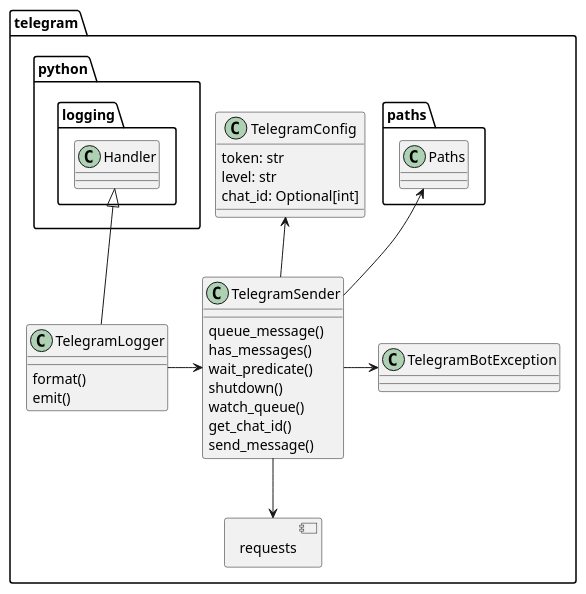
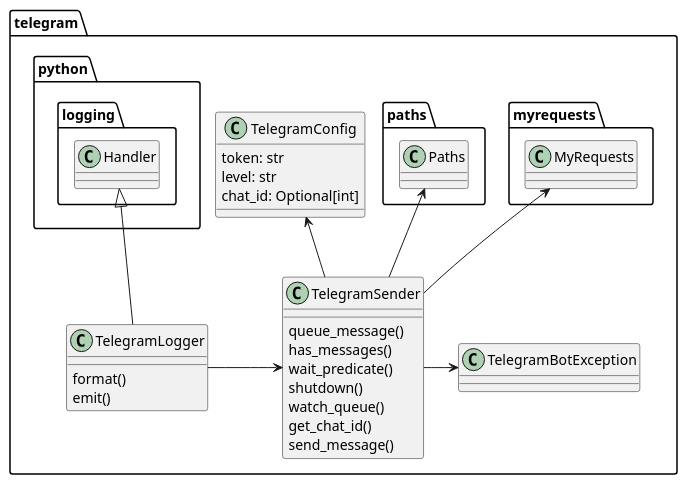
The diagram in docs/dev/graphs/telegram.puml (martin-ueding/vigilant-crypto-snatch), drawn with PlantUML before and after one commit. The commit also changed 3 other files, not shown here.

Commit message:
Update UML diagrams

```diff
--- a/docs/dev/graphs/telegram.puml
+++ b/docs/dev/graphs/telegram.puml
@@ -1,39 +1,38 @@
 @startuml
 
 allowmixing
 
 namespace telegram {
-component requests
 
 class TelegramConfig {
     token: str
     level: str
     chat_id: Optional[int]
 }
 
 class TelegramLogger extends python.logging.Handler {
 format()
 emit()
 }
 
 class TelegramBotException
 
 class TelegramSender {
     queue_message()
     has_messages()
     wait_predicate()
     shutdown()
     watch_queue()
     get_chat_id()
     send_message()
 }
 
 TelegramConfig <-- TelegramSender
 
 TelegramLogger -> TelegramSender
-TelegramSender --> requests
+myrequests.MyRequests <-- TelegramSender
 TelegramSender -> TelegramBotException
 paths.Paths <-- TelegramSender
 
 }
 @enduml
```
